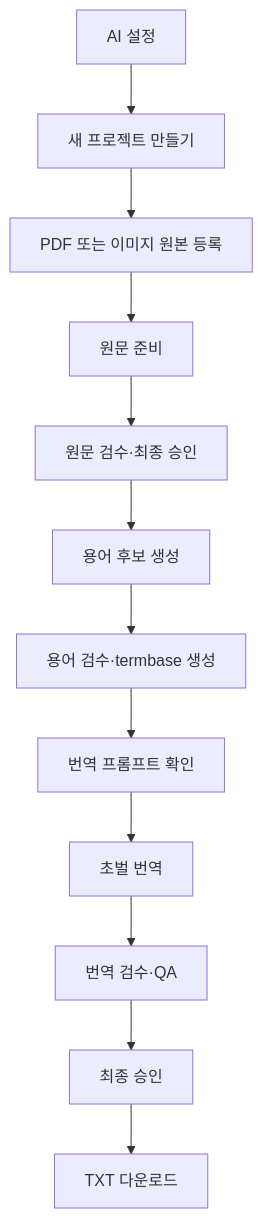
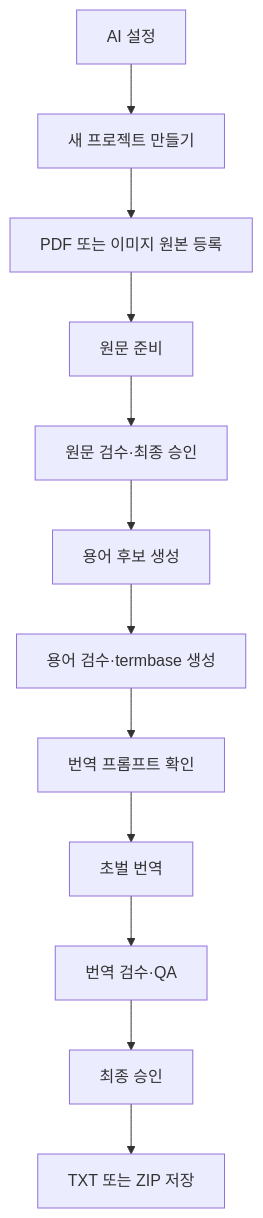
The diagram in docs/GUI.md (JJUN777/game-localization-kit), drawn with Mermaid before and after one commit. The commit also changed other lines of this file and 6 other files, not shown here.

````diff
--- a/docs/GUI.md
+++ b/docs/GUI.md
@@ -34,14 +34,14 @@
 ```mermaid
 flowchart TD
     SETTINGS[AI 설정] --> CREATE[새 프로젝트 만들기]
     CREATE --> REGISTER[PDF 또는 이미지 원본 등록]
     REGISTER --> PREPARE[원문 준비]
     PREPARE --> SOURCE[원문 검수·최종 승인]
     SOURCE --> CANDIDATES[용어 후보 생성]
     CANDIDATES --> GLOSSARY[용어 검수·termbase 생성]
     GLOSSARY --> PROMPT[번역 프롬프트 확인]
     PROMPT --> TRANSLATE[초벌 번역]
     TRANSLATE --> REVIEW[번역 검수·QA]
     REVIEW --> APPROVE[최종 승인]
-    APPROVE --> DOWNLOAD[TXT 다운로드]
+    APPROVE --> DOWNLOAD[TXT 또는 ZIP 저장]
 ```
````
